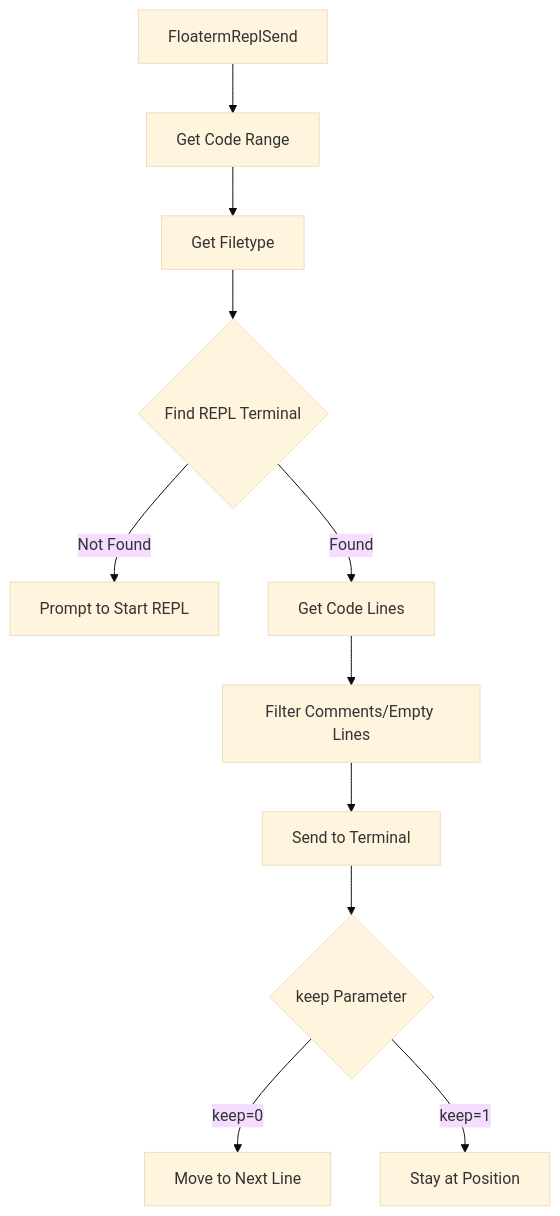
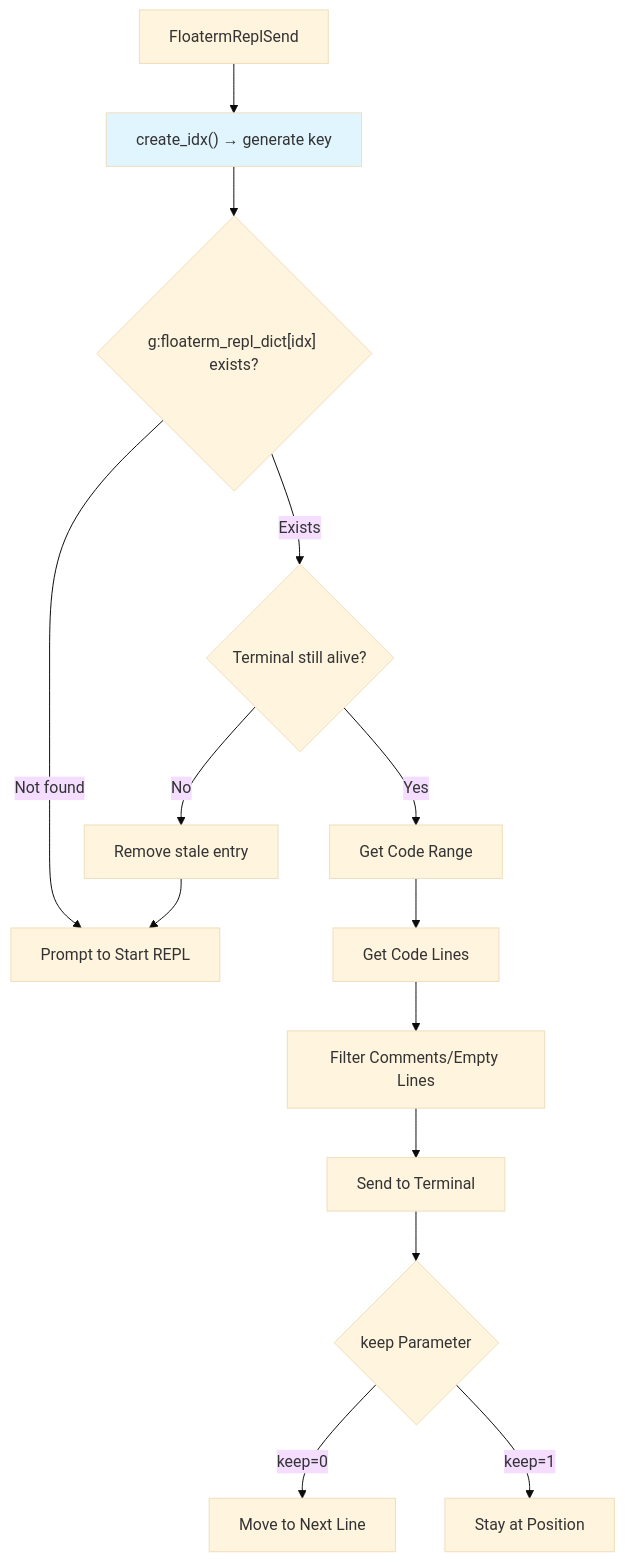
One commit to leoatchina/vim-floaterm-enhance changed the fourth of 5 diagrams in README.md. Above: the diagram before and after it, drawn with Mermaid (base theme). The commit also changed other lines of this file and 1 other file, not shown here.

First line of the commit message:
docs(README): add detailed buffer management and code block documentation

````diff
--- a/README.md
+++ b/README.md
@@ -165,13 +210,17 @@
 ```mermaid
 graph TB
-    Send[FloatermReplSend] --> GetRange[Get Code Range]
-    GetRange --> GetFT[Get Filetype]
-    GetFT --> FindTerm{Find REPL Terminal}
-    FindTerm -->|Not Found| Prompt[Prompt to Start REPL]
-    FindTerm -->|Found| GetLines[Get Code Lines]
+    Send[FloatermReplSend] --> GenIdx["create_idx() → generate key"]
+    GenIdx --> FindTerm{"g:floaterm_repl_dict[idx] exists?"}
+    FindTerm -->|Not found| Prompt[Prompt to Start REPL]
+    FindTerm -->|Exists| ValidBuf{Terminal still alive?}
+    ValidBuf -->|No| CleanUp[Remove stale entry] --> Prompt
+    ValidBuf -->|Yes| GetRange[Get Code Range]
+    GetRange --> GetLines[Get Code Lines]
     GetLines --> Filter[Filter Comments/Empty Lines]
     Filter --> SendData[Send to Terminal]
     SendData --> KeepCheck{keep Parameter}
     KeepCheck -->|keep=0| MoveNext[Move to Next Line]
     KeepCheck -->|keep=1| Stay[Stay at Position]
+
+    style GenIdx fill:#e1f5fe
 ```
````
